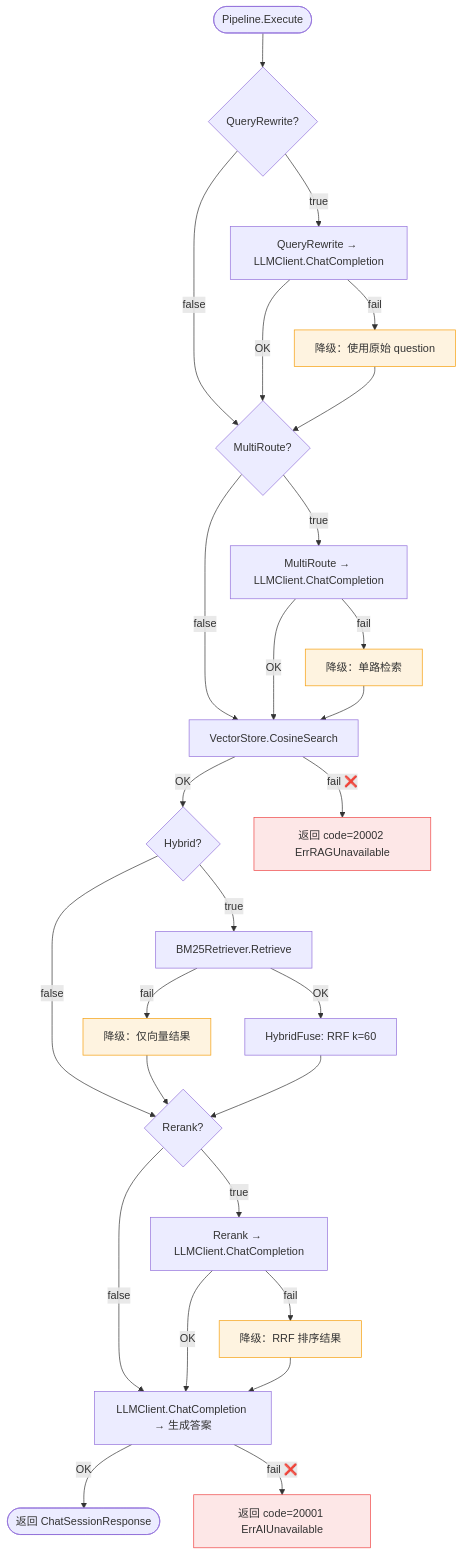
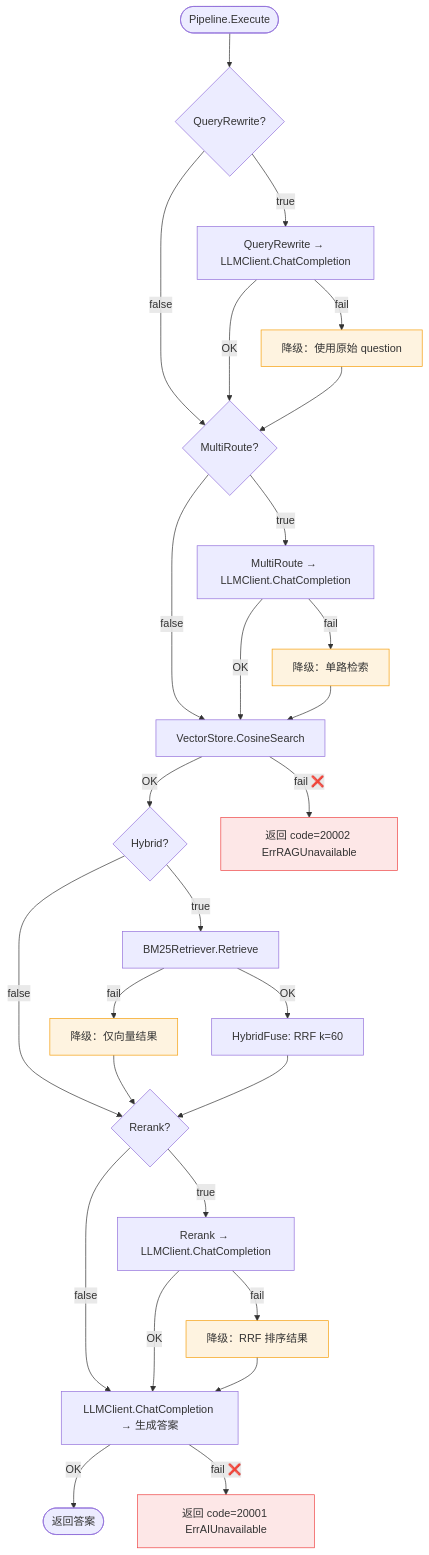
The third of 3 diagrams in docs/diagrams/chat-rag-flow.md (hua-2005/OpsMind), drawn with Mermaid before and after one commit. The commit also changed other lines of this file and 5 other files, not shown here.

First line of the commit message:
docs: 全量文档审计 — 修复 SSE 重构后图示/技术文档/注释不一致

````diff
--- a/docs/diagrams/chat-rag-flow.md
+++ b/docs/diagrams/chat-rag-flow.md
@@ -134,41 +143,41 @@
 ```mermaid
 flowchart TD
     Start([Pipeline.Execute]) --> QR{QueryRewrite?}
     QR -->|true| QR_LLM[QueryRewrite → LLMClient.ChatCompletion]
     QR -->|false| MR
     QR_LLM -->|OK| MR{MultiRoute?}
     QR_LLM -->|fail| QR_DG[降级：使用原始 question]
     QR_DG --> MR
 
     MR -->|true| MR_LLM[MultiRoute → LLMClient.ChatCompletion]
     MR -->|false| VR
     MR_LLM -->|OK| VR[VectorStore.CosineSearch]
     MR_LLM -->|fail| VR_DG[降级：单路检索]
     VR_DG --> VR
 
     VR -->|OK| BM{Hybrid?}
     VR -->|fail ❌| VRFail[返回 code=20002 ErrRAGUnavailable]
 
     BM -->|true| BM25[BM25Retriever.Retrieve]
     BM -->|false| Rerank
     BM25 -->|OK| Fuse[HybridFuse: RRF k=60]
     BM25 -->|fail| BM_DG[降级：仅向量结果]
     BM_DG --> Rerank
     Fuse --> Rerank
 
     Rerank{Rerank?} -->|true| Rerank_LLM[Rerank → LLMClient.ChatCompletion]
     Rerank -->|false| LLMGen
     Rerank_LLM -->|OK| LLMGen[LLMClient.ChatCompletion → 生成答案]
     Rerank_LLM -->|fail| Rerank_DG[降级：RRF 排序结果]
     Rerank_DG --> LLMGen
 
-    LLMGen -->|OK| Done([返回 ChatSessionResponse])
+    LLMGen -->|OK| Done([返回答案])
     LLMGen -->|fail ❌| LLMFail[返回 code=20001 ErrAIUnavailable]
 
     style VRFail fill:#ef444420,stroke:#ef4444
     style LLMFail fill:#ef444420,stroke:#ef4444
     style QR_DG fill:#f59e0b20,stroke:#f59e0b
     style VR_DG fill:#f59e0b20,stroke:#f59e0b
     style BM_DG fill:#f59e0b20,stroke:#f59e0b
     style Rerank_DG fill:#f59e0b20,stroke:#f59e0b
 ```
````
